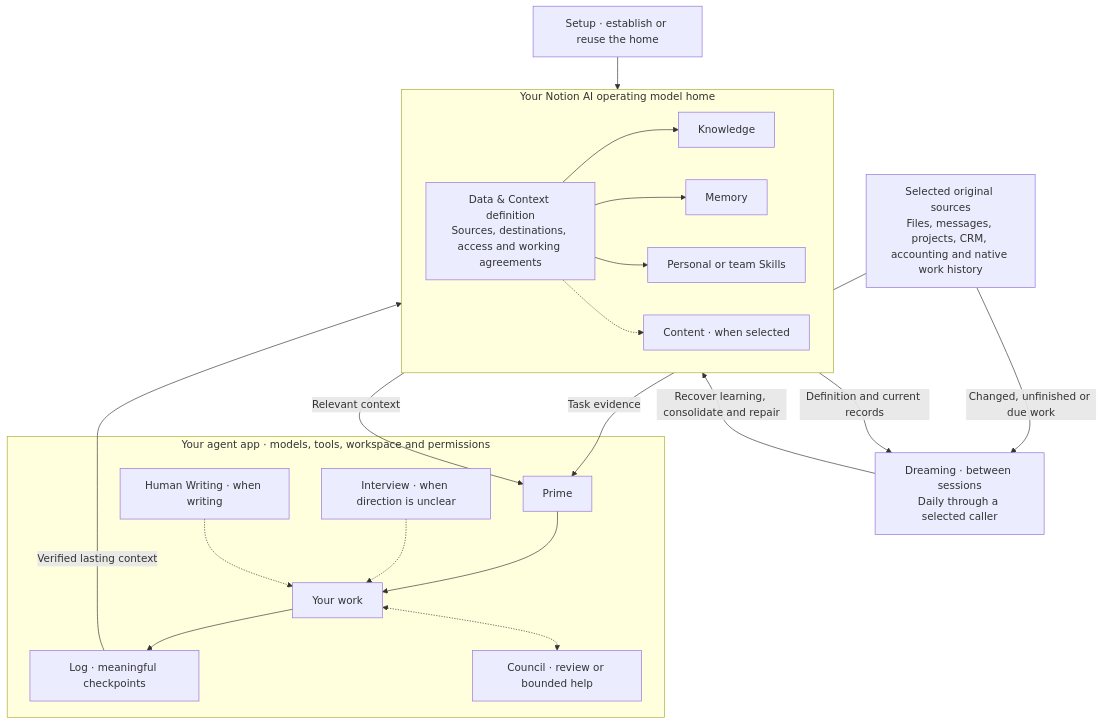
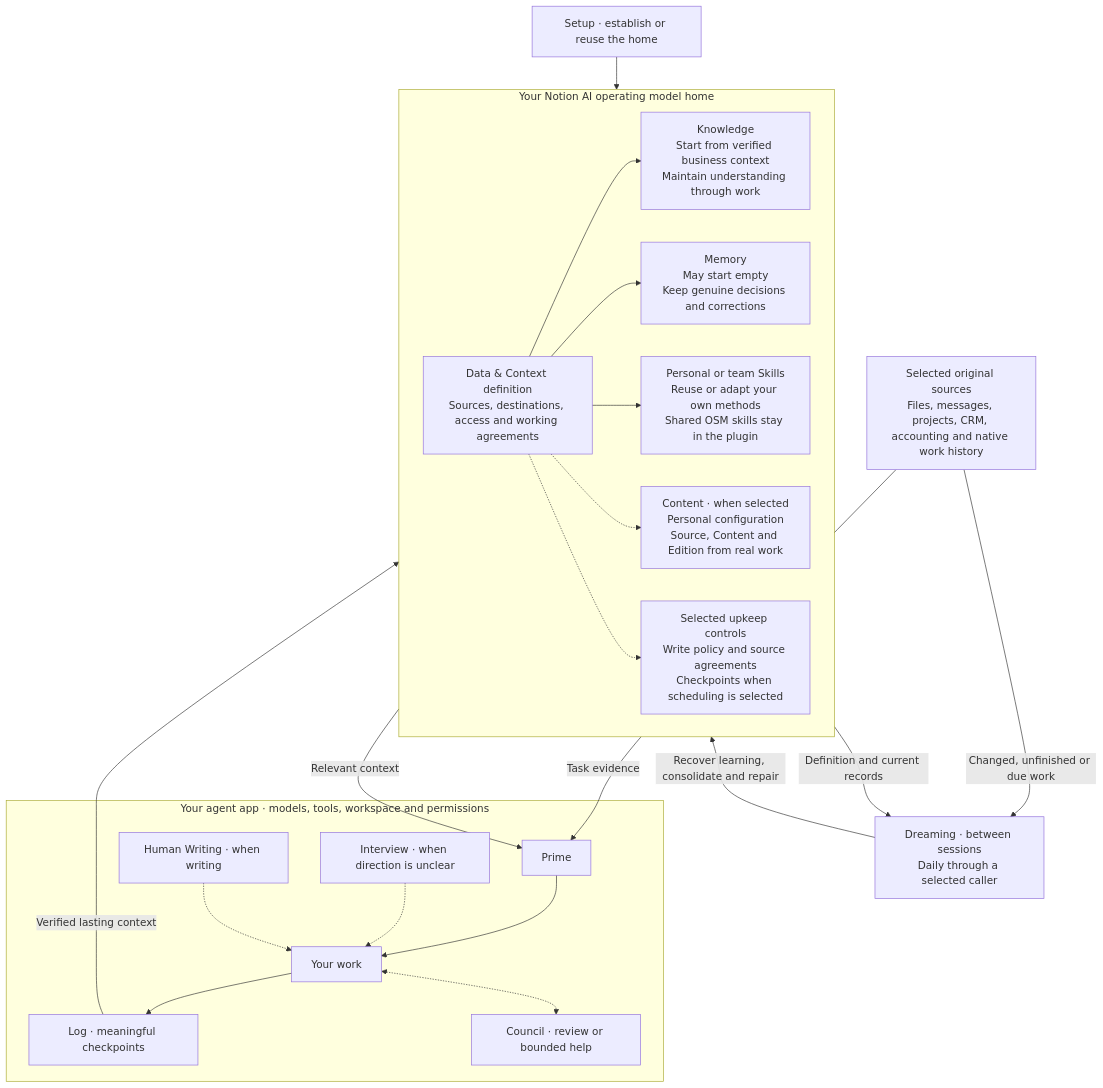
One commit to onlinesourdough/OSM-plugin changed the diagram in docs-publisher/originals/notion.guide.diagram.md. Above: the diagram before and after it, drawn with Mermaid. The commit also changed other lines of this file and 11 other files, not shown here.

Commit message:
Show selected starting records and how context grows through real work

````diff
--- a/docs-publisher/originals/notion.guide.diagram.md
+++ b/docs-publisher/originals/notion.guide.diagram.md
@@ -16,34 +16,36 @@
 ```mermaid
 flowchart TB
   SETUP["Setup · establish or reuse the home"]
   SOURCES["Selected original sources<br/>Files, messages, projects, CRM, accounting and native work history"]
   subgraph AGENT["Your agent app · models, tools, workspace and permissions"]
     PRIME["Prime"]
     WORK["Your work"]
     LOG["Log · meaningful checkpoints"]
     INTERVIEW["Interview · when direction is unclear"]
     WRITING["Human Writing · when writing"]
     COUNCIL["Council · review or bounded help"]
     PRIME --> WORK --> LOG
     INTERVIEW -.-> WORK
     WRITING -.-> WORK
     WORK <-.-> COUNCIL
   end
   subgraph HOME["Your Notion AI operating model home"]
     DEFINITION["Data & Context definition<br/>Sources, destinations, access and working agreements"]
-    KNOWLEDGE["Knowledge"]
-    MEMORY["Memory"]
-    SKILLS["Personal or team Skills"]
-    CONTENT["Content · when selected"]
+    KNOWLEDGE["Knowledge<br/>Start from verified business context<br/>Maintain understanding through work"]
+    MEMORY["Memory<br/>May start empty<br/>Keep genuine decisions and corrections"]
+    SKILLS["Personal or team Skills<br/>Reuse or adapt your own methods<br/>Shared OSM skills stay in the plugin"]
+    CONTENT["Content · when selected<br/>Personal configuration<br/>Source, Content and Edition from real work"]
     DEFINITION --> KNOWLEDGE & MEMORY & SKILLS
     DEFINITION -.-> CONTENT
+    CONTROLS["Selected upkeep controls<br/>Write policy and source agreements<br/>Checkpoints when scheduling is selected"]
+    DEFINITION -.-> CONTROLS
   end
   DREAM["Dreaming · between sessions<br/>Daily through a selected caller"]
   SETUP --> HOME
   HOME -->|"Relevant context"| PRIME
   SOURCES -->|"Task evidence"| PRIME
   LOG -->|"Verified lasting context"| HOME
   HOME -->|"Definition and current records"| DREAM
   SOURCES -->|"Changed, unfinished or due work"| DREAM
   DREAM -->|"Recover learning, consolidate and repair"| HOME
 ```
````
